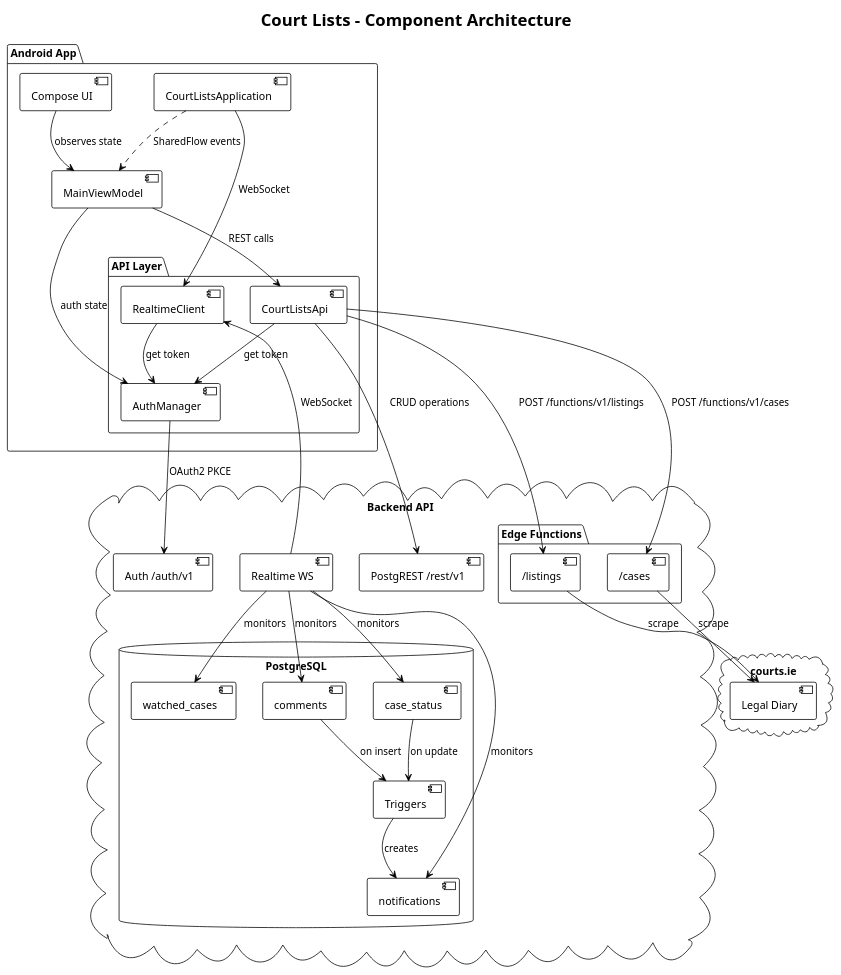
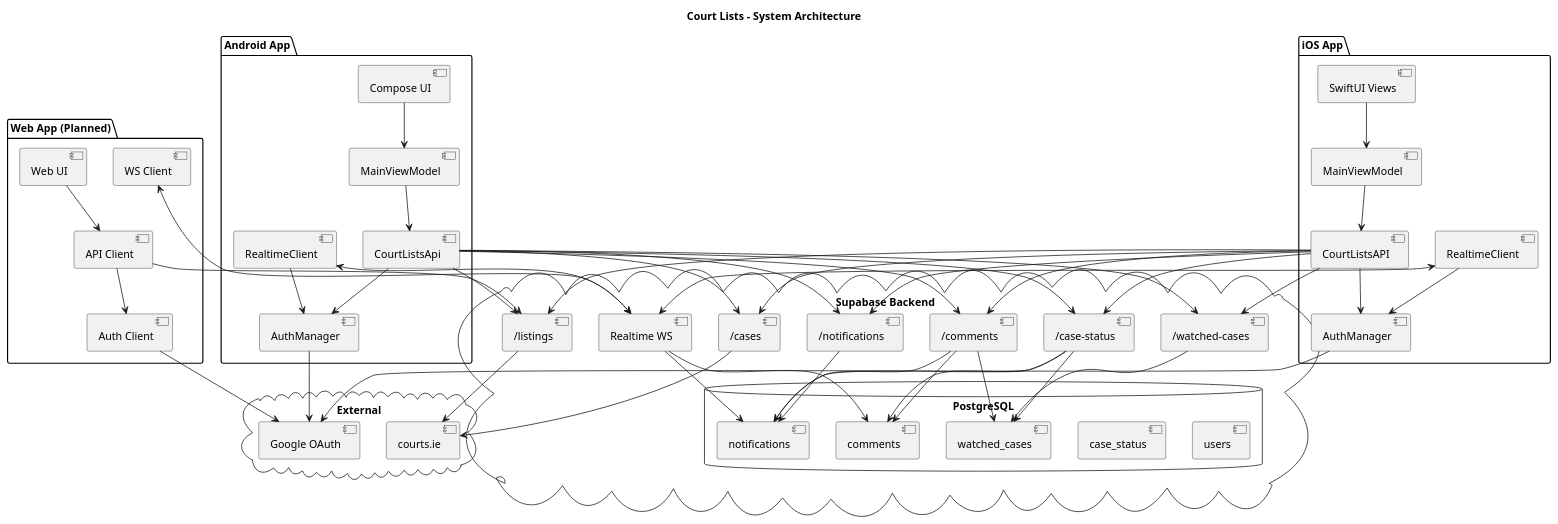
The diagram in docs/architecture.puml (conroydamien/claude_lists_api), drawn with PlantUML before and after one commit. The commit also changed other lines of this file and 38 other files, not shown here.

First line of the commit message:
Add Court of Appeal support, fix header line breaks, add architecture diagrams

```diff
--- a/docs/architecture.puml
+++ b/docs/architecture.puml
@@ -1,67 +1,102 @@
-@startuml component-diagram
-!theme plain
-title Court Lists - Component Architecture
+@startuml architecture
+title Court Lists - System Architecture
 
 package "Android App" {
-    [CourtListsApplication] as App
-    [MainViewModel] as VM
-    [Compose UI] as UI
-    
-    package "API Layer" {
-        [CourtListsApi] as RestApi
-        [RealtimeClient] as WsClient
-        [AuthManager] as Auth
-    }
-
-    UI --> VM : observes state
-    VM --> RestApi : REST calls
-    VM --> Auth : auth state
-    App --> WsClient : WebSocket
-    App ..> VM : SharedFlow events
-    RestApi --> Auth : get token
-    WsClient --> Auth : get token
+  [Compose UI] as AUI
+  [MainViewModel] as AVM
+  [CourtListsApi] as AAPI
+  [RealtimeClient] as AWS
+  [AuthManager] as AAuth
 }
 
-cloud "Backend API" {
-    package "Edge Functions" {
-        [/listings] as ListingsFn
-        [/cases] as CasesFn
-    }
-
-    database "PostgreSQL" {
-        [comments] as CommentsTable
-        [case_status] as StatusTable
-        [watched_cases] as WatchedTable
-        [notifications] as NotifTable
-
-        [Triggers] as Triggers
-    }
-
-    [Realtime WS] as RT
-    [Auth /auth/v1] as AuthApi
-    [PostgREST /rest/v1] as REST
-
-    Triggers --> NotifTable : creates
-    CommentsTable --> Triggers : on insert
-    StatusTable --> Triggers : on update
-
-    RT --> CommentsTable : monitors
-    RT --> StatusTable : monitors
-    RT --> NotifTable : monitors
-    RT --> WatchedTable : monitors
+package "iOS App" {
+  [SwiftUI Views] as IUI
+  [MainViewModel] as IVM
+  [CourtListsAPI] as IAPI
+  [RealtimeClient] as IWS
+  [AuthManager] as IAuth
 }
 
-cloud "courts.ie" {
-    [Legal Diary] as Courts
+package "Web App (Planned)" {
+  [Web UI] as WUI
+  [API Client] as WAPI
+  [WS Client] as WWS
+  [Auth Client] as WAuth
 }
 
-Auth --> AuthApi : OAuth2 PKCE
-RestApi --> ListingsFn : POST /functions/v1/listings
-RestApi --> CasesFn : POST /functions/v1/cases
-RestApi --> REST : CRUD operations
-WsClient <-- RT : WebSocket
+cloud "Supabase Backend" {
+  [/listings] as Listings
+  [/cases] as Cases
+  [/case-status] as Status
+  [/comments] as Comments
+  [/watched-cases] as Watch
+  [/notifications] as Notifs
+  [Realtime WS] as RT
 
-ListingsFn --> Courts : scrape
-CasesFn --> Courts : scrape
+  database "PostgreSQL" {
+    [users]
+    [case_status]
+    [comments] as ct
+    [watched_cases]
+    [notifications] as nt
+  }
+}
+
+cloud "External" {
+  [courts.ie] as Courts
+  [Google OAuth] as Google
+}
+
+AUI --> AVM
+AVM --> AAPI
+AAPI --> AAuth
+AWS --> AAuth
+
+IUI --> IVM
+IVM --> IAPI
+IAPI --> IAuth
+IWS --> IAuth
+
+WUI --> WAPI
+WAPI --> WAuth
+
+AAPI --> Listings
+AAPI --> Cases
+AAPI --> Status
+AAPI --> Comments
+AAPI --> Watch
+AAPI --> Notifs
+
+IAPI --> Listings
+IAPI --> Cases
+IAPI --> Status
+IAPI --> Comments
+IAPI --> Watch
+IAPI --> Notifs
+
+WAPI --> Listings
+
+AWS <--> RT
+IWS <--> RT
+WWS <--> RT
+
+Listings --> Courts
+Cases --> Courts
+
+AAuth --> Google
+IAuth --> Google
+WAuth --> Google
+
+Status --> ct
+Status --> watched_cases
+Status --> nt
+Comments --> ct
+Comments --> watched_cases
+Comments --> nt
+Watch --> watched_cases
+Notifs --> nt
+
+RT --> ct
+RT --> nt
 
 @enduml
```
